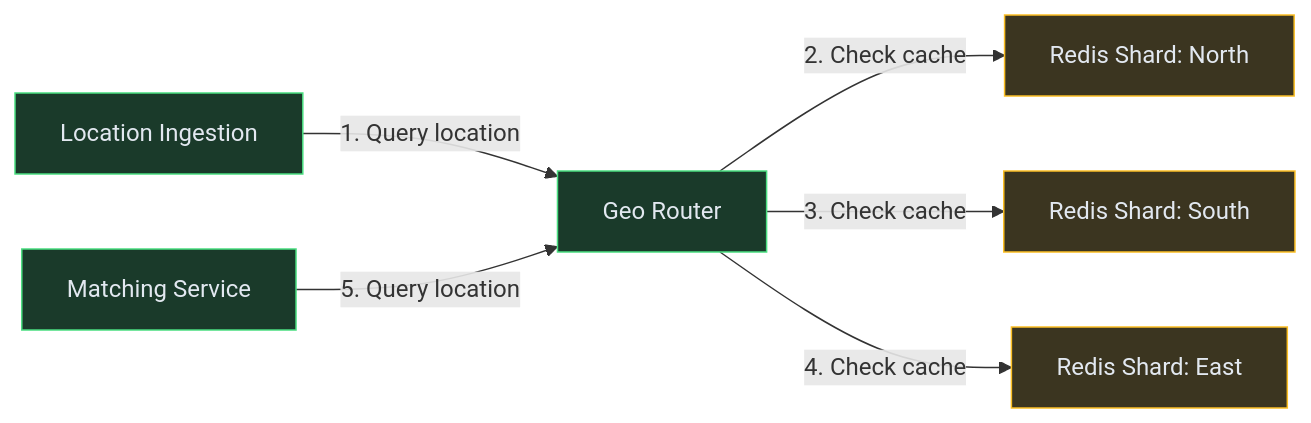
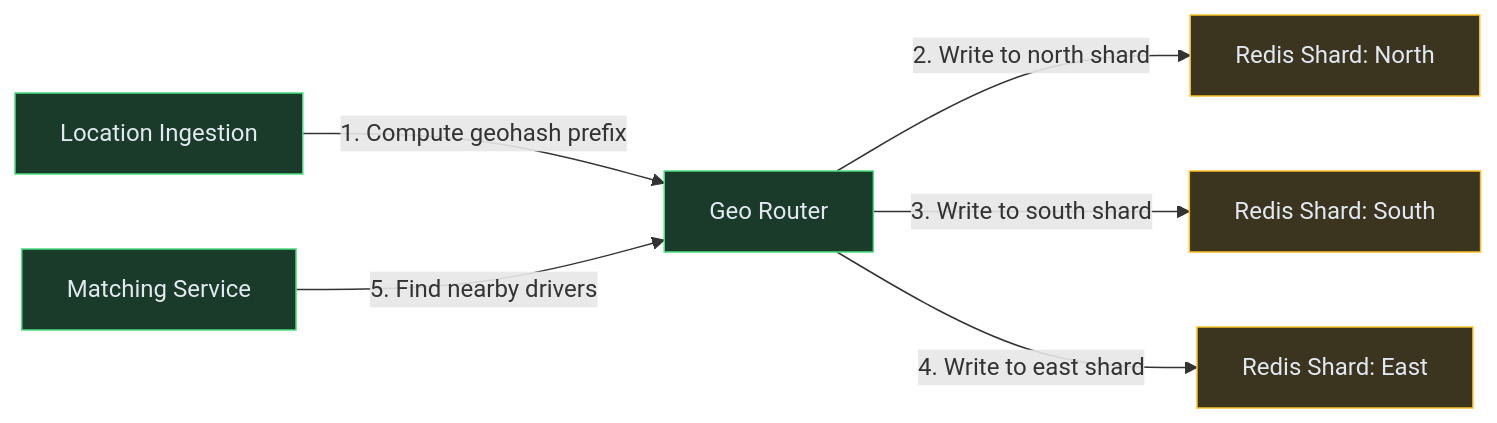
Before and after one commit to iluzn/HLD-Designs: the eighth of 11 diagrams in content/hld/Uber.md, drawn with Mermaid. The commit also changed other lines of this file and 27 other files, not shown here.

````diff
--- a/content/hld/Uber.md
+++ b/content/hld/Uber.md
@@ -436,18 +436,18 @@
 ```mermaid
 flowchart LR
     LI["Location Ingestion"]:::service
     ROUTER["Geo Router"]:::service
     R1["Redis Shard: North"]:::data
     R2["Redis Shard: South"]:::data
     R3["Redis Shard: East"]:::data
     MS["Matching Service"]:::service
 
-    LI -->|"1. Query location"| ROUTER
-    ROUTER -->|"2. Check cache"| R1
-    ROUTER -->|"3. Check cache"| R2
-    ROUTER -->|"4. Check cache"| R3
-    MS -->|"5. Query location"| ROUTER
+    LI -->|"1. Compute geohash prefix"| ROUTER
+    ROUTER -->|"2. Write to north shard"| R1
+    ROUTER -->|"3. Write to south shard"| R2
+    ROUTER -->|"4. Write to east shard"| R3
+    MS -->|"5. Find nearby drivers"| ROUTER
 
     classDef service fill:#1a3a2a,stroke:#4ade80,color:#e2e8f0
     classDef data fill:#3b3520,stroke:#fbbf24,color:#e2e8f0
 ```
````
